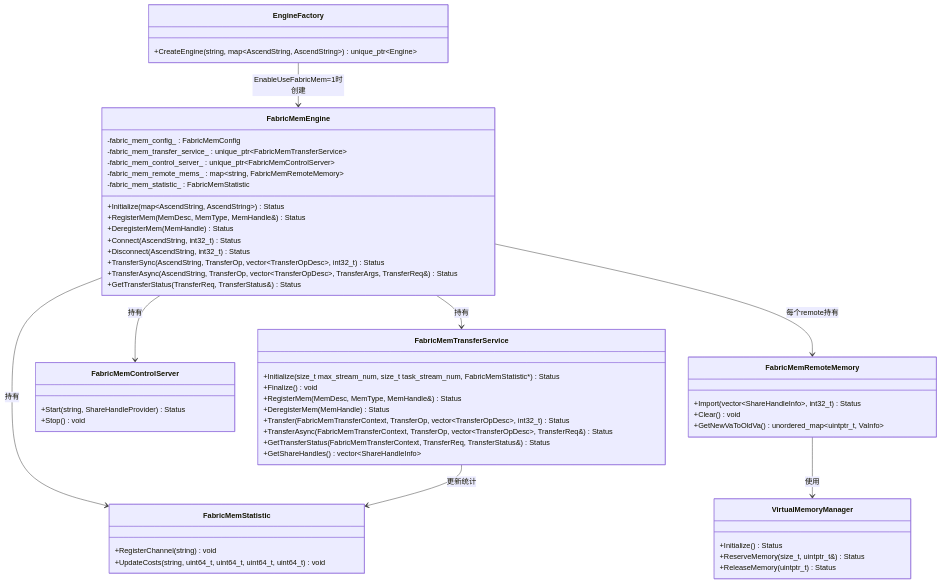
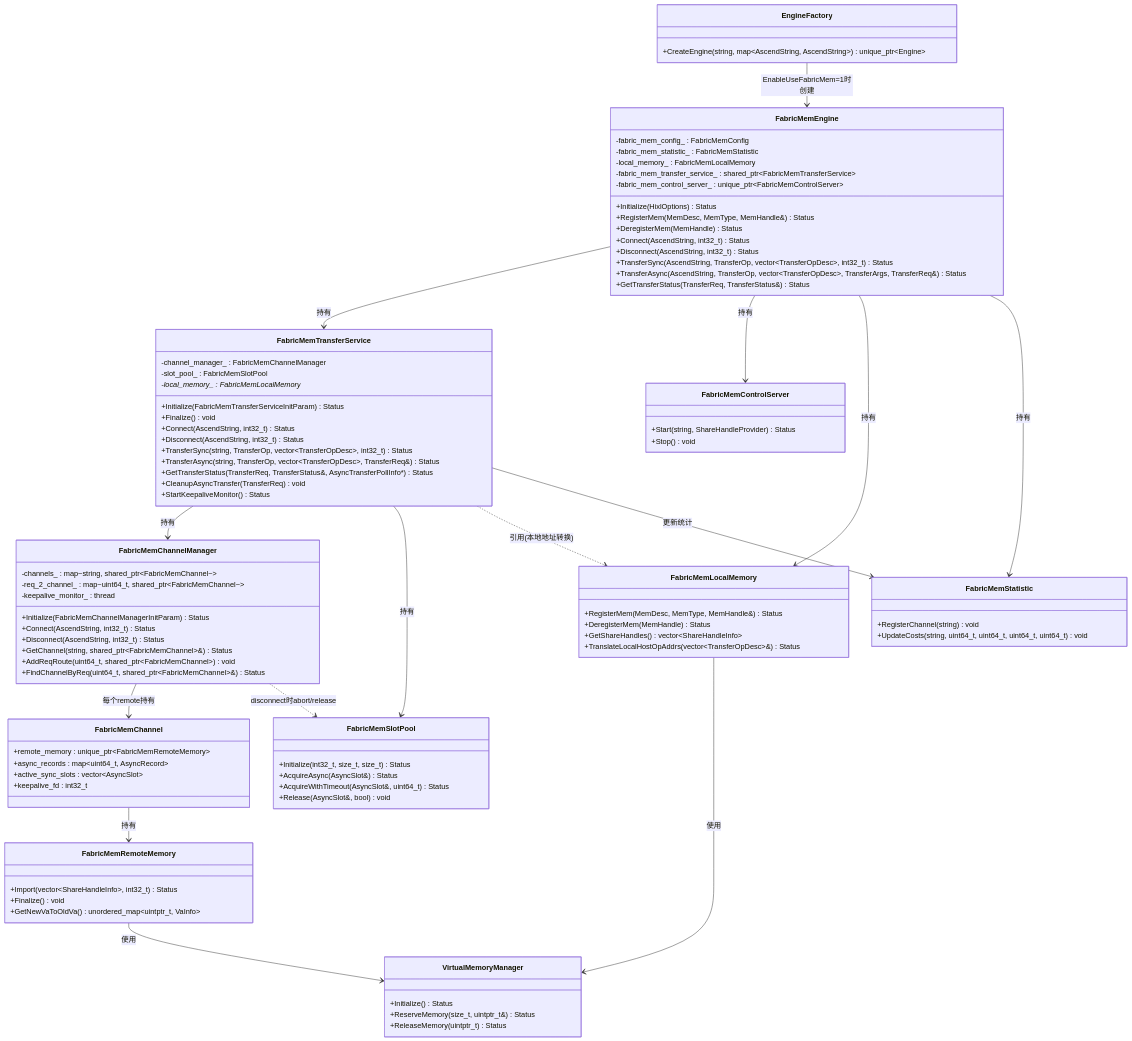
Before and after one commit to libochao-huawei/hixl: the first of 2 diagrams in docs/design/FabricMem模式设计.md, drawn with Mermaid. The commit also changed other lines of this file and 17 other files, not shown here.

First line of the commit message:
[refactor]: 重构 fabric_mem 模块依赖与资源管理

````diff
--- a/docs/design/FabricMem模式设计.md
+++ b/docs/design/FabricMem模式设计.md
@@ -57,7 +57,7 @@
     }
 
     class FabricMemEngine {
-        +Initialize(map~AscendString, AscendString~) Status
+        +Initialize(HixlOptions) Status
         +RegisterMem(MemDesc, MemType, MemHandle&) Status
         +DeregisterMem(MemHandle) Status
         +Connect(AscendString, int32_t) Status
@@ -66,21 +66,58 @@
         +TransferAsync(AscendString, TransferOp, vector~TransferOpDesc~, TransferArgs, TransferReq&) Status
         +GetTransferStatus(TransferReq, TransferStatus&) Status
         -fabric_mem_config_ : FabricMemConfig
-        -fabric_mem_transfer_service_ : unique_ptr~FabricMemTransferService~
+        -fabric_mem_statistic_ : FabricMemStatistic
+        -local_memory_ : FabricMemLocalMemory
+        -fabric_mem_transfer_service_ : shared_ptr~FabricMemTransferService~
         -fabric_mem_control_server_ : unique_ptr~FabricMemControlServer~
-        -fabric_mem_remote_mems_ : map~string, FabricMemRemoteMemory~
-        -fabric_mem_statistic_ : FabricMemStatistic
     }
 
     class FabricMemTransferService {
-        +Initialize(size_t max_stream_num, size_t task_stream_num, FabricMemStatistic*) Status
+        +Initialize(FabricMemTransferServiceInitParam) Status
         +Finalize() void
+        +Connect(AscendString, int32_t) Status
+        +Disconnect(AscendString, int32_t) Status
+        +TransferSync(string, TransferOp, vector~TransferOpDesc~, int32_t) Status
+        +TransferAsync(string, TransferOp, vector~TransferOpDesc~, TransferReq&) Status
+        +GetTransferStatus(TransferReq, TransferStatus&, AsyncTransferPollInfo*) Status
+        +CleanupAsyncTransfer(TransferReq) void
+        +StartKeepaliveMonitor() Status
+        -channel_manager_ : FabricMemChannelManager
+        -slot_pool_ : FabricMemSlotPool
+        -local_memory_ : FabricMemLocalMemory*
+    }
+
+    class FabricMemChannelManager {
+        +Initialize(FabricMemChannelManagerInitParam) Status
+        +Connect(AscendString, int32_t) Status
+        +Disconnect(AscendString, int32_t) Status
+        +GetChannel(string, shared_ptr~FabricMemChannel~&) Status
+        +AddReqRoute(uint64_t, shared_ptr~FabricMemChannel~) void
+        +FindChannelByReq(uint64_t, shared_ptr~FabricMemChannel~&) Status
+        -channels_ : map~string, shared_ptr~FabricMemChannel~~
+        -req_2_channel_ : map~uint64_t, shared_ptr~FabricMemChannel~~
+        -keepalive_monitor_ : thread
+    }
+
+    class FabricMemChannel {
+        +remote_memory : unique_ptr~FabricMemRemoteMemory~
+        +async_records : map~uint64_t, AsyncRecord~
+        +active_sync_slots : vector~AsyncSlot~
+        +keepalive_fd : int32_t
+    }
+
+    class FabricMemSlotPool {
+        +Initialize(int32_t, size_t, size_t) Status
+        +AcquireAsync(AsyncSlot&) Status
+        +AcquireWithTimeout(AsyncSlot&, uint64_t) Status
+        +Release(AsyncSlot&, bool) void
+    }
+
+    class FabricMemLocalMemory {
         +RegisterMem(MemDesc, MemType, MemHandle&) Status
         +DeregisterMem(MemHandle) Status
-        +Transfer(FabricMemTransferContext, TransferOp, vector~TransferOpDesc~, int32_t) Status
-        +TransferAsync(FabricMemTransferContext, TransferOp, vector~TransferOpDesc~, TransferReq&) Status
-        +GetTransferStatus(FabricMemTransferContext, TransferReq, TransferStatus&) Status
         +GetShareHandles() vector~ShareHandleInfo~
+        +TranslateLocalHostOpAddrs(vector~TransferOpDesc~&) Status
     }
 
     class FabricMemControlServer {
@@ -90,7 +127,7 @@
 
     class FabricMemRemoteMemory {
         +Import(vector~ShareHandleInfo~, int32_t) Status
-        +Clear() void
+        +Finalize() void
         +GetNewVaToOldVa() unordered_map~uintptr_t, VaInfo~
     }
 
@@ -108,8 +145,15 @@
     EngineFactory --> FabricMemEngine : EnableUseFabricMem=1时创建
     FabricMemEngine --> FabricMemTransferService : 持有
     FabricMemEngine --> FabricMemControlServer : 持有
-    FabricMemEngine --> FabricMemRemoteMemory : 每个remote持有
+    FabricMemEngine --> FabricMemLocalMemory : 持有
     FabricMemEngine --> FabricMemStatistic : 持有
+    FabricMemTransferService --> FabricMemChannelManager : 持有
+    FabricMemTransferService --> FabricMemSlotPool : 持有
+    FabricMemTransferService ..> FabricMemLocalMemory : 引用(本地地址转换)
+    FabricMemChannelManager --> FabricMemChannel : 每个remote持有
+    FabricMemChannelManager ..> FabricMemSlotPool : disconnect时abort/release
+    FabricMemChannel --> FabricMemRemoteMemory : 持有
     FabricMemRemoteMemory --> VirtualMemoryManager : 使用
+    FabricMemLocalMemory --> VirtualMemoryManager : 使用
     FabricMemTransferService --> FabricMemStatistic : 更新统计
 ```
````
